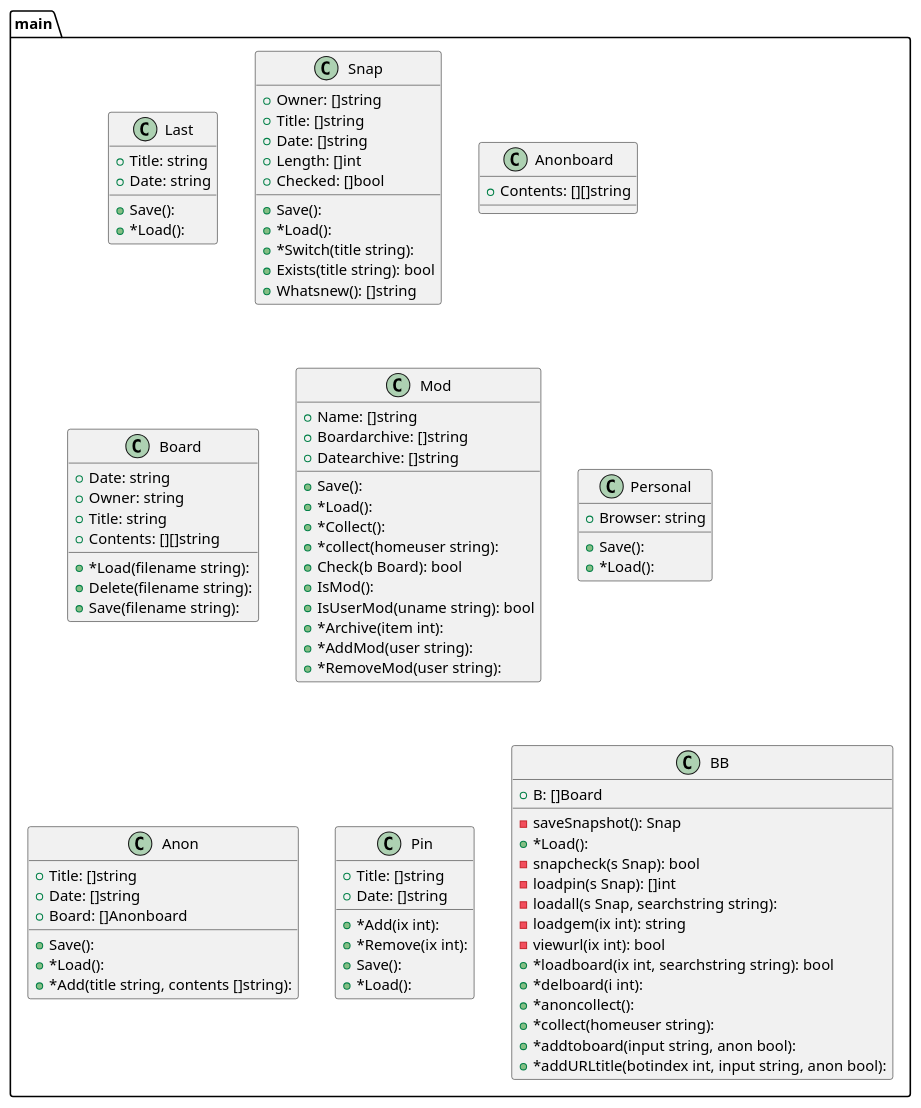
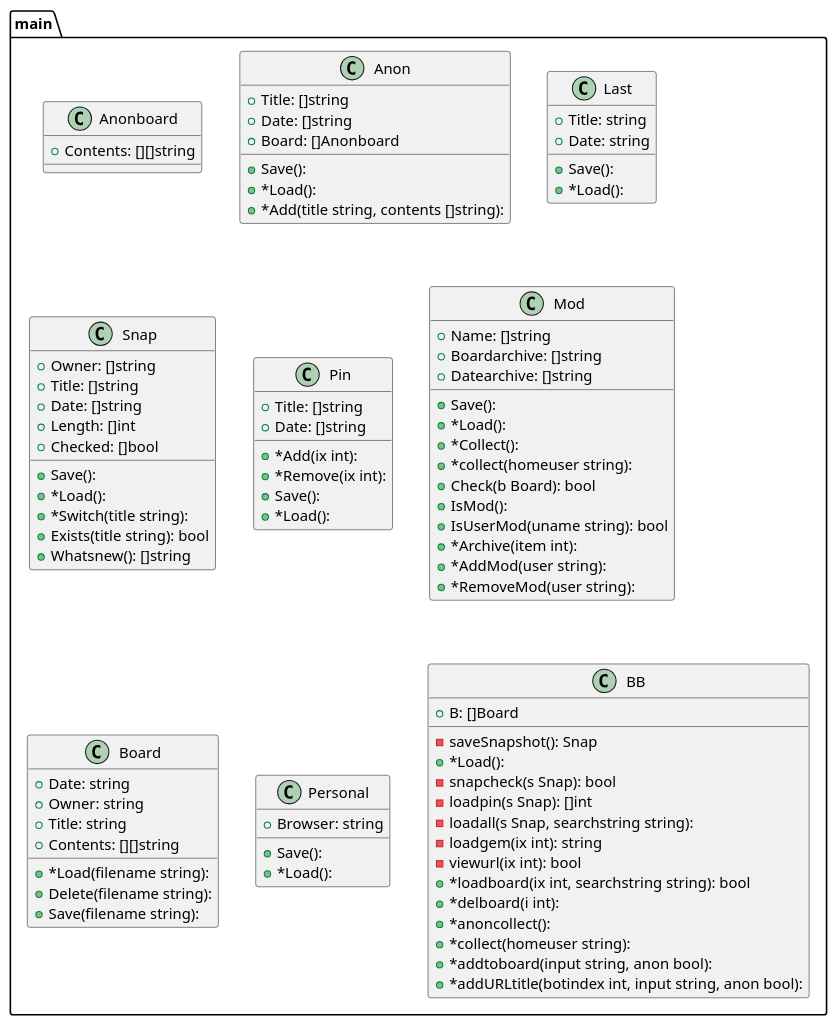
One commit to tbal999/bb changed the diagram in graph.puml. Above: the diagram before and after it, drawn with PlantUML. The commit also changed other lines of this file and 1 other file, not shown here.

```diff
--- a/graph.puml
+++ b/graph.puml
@@ -1,104 +1,104 @@
 @startuml
+package ...main{
+class Anonboard {
++Contents: [][]string
+
+}
+}
+package ...main{
+class Anon {
++Title: []string
++Date: []string
++Board: []Anonboard
++Save(): 
++*Load(): 
++*Add(title string, contents []string): 
+}
+}
 package ...main{
 class Last {
 +Title: string
 +Date: string
 +Save(): 
 +*Load(): 
 }
 }
 package ...main{
 class Snap {
 +Owner: []string
 +Title: []string
 +Date: []string
 +Length: []int
 +Checked: []bool
 +Save(): 
 +*Load(): 
 +*Switch(title string): 
 +Exists(title string): bool
 +Whatsnew(): []string
 }
 }
 package ...main{
-class Anonboard {
-+Contents: [][]string
-
-}
-}
-package ...main{
-class Board {
-+Date: string
-+Owner: string
-+Title: string
-+Contents: [][]string
-+*Load(filename string): 
-+Delete(filename string): 
-+Save(filename string): 
+class Pin {
++Title: []string
++Date: []string
++*Add(ix int): 
++*Remove(ix int): 
++Save(): 
++*Load(): 
 }
 }
 package ...main{
 class Mod {
 +Name: []string
 +Boardarchive: []string
 +Datearchive: []string
 +Save(): 
 +*Load(): 
 +*Collect(): 
 +*collect(homeuser string): 
 +Check(b Board): bool
 +IsMod(): 
 +IsUserMod(uname string): bool
 +*Archive(item int): 
 +*AddMod(user string): 
 +*RemoveMod(user string): 
 }
 }
 package ...main{
-class Personal {
-+Browser: string
-+Save(): 
-+*Load(): 
+class Board {
++Date: string
++Owner: string
++Title: string
++Contents: [][]string
++*Load(filename string): 
++Delete(filename string): 
++Save(filename string): 
 }
 }
 package ...main{
-class Anon {
-+Title: []string
-+Date: []string
-+Board: []Anonboard
-+Save(): 
-+*Load(): 
-+*Add(title string, contents []string): 
-}
-}
-package ...main{
-class Pin {
-+Title: []string
-+Date: []string
-+*Add(ix int): 
-+*Remove(ix int): 
+class Personal {
++Browser: string
 +Save(): 
 +*Load(): 
 }
 }
 package ...main{
 class BB {
 +B: []Board
 -saveSnapshot(): Snap
 +*Load(): 
 -snapcheck(s Snap): bool
 -loadpin(s Snap): []int
 -loadall(s Snap, searchstring string): 
 -loadgem(ix int): string
 -viewurl(ix int): bool
 +*loadboard(ix int, searchstring string): bool
 +*delboard(i int): 
 +*anoncollect(): 
 +*collect(homeuser string): 
 +*addtoboard(input string, anon bool): 
 +*addURLtitle(botindex int, input string, anon bool): 
 }
 }
 
 @enduml
```
